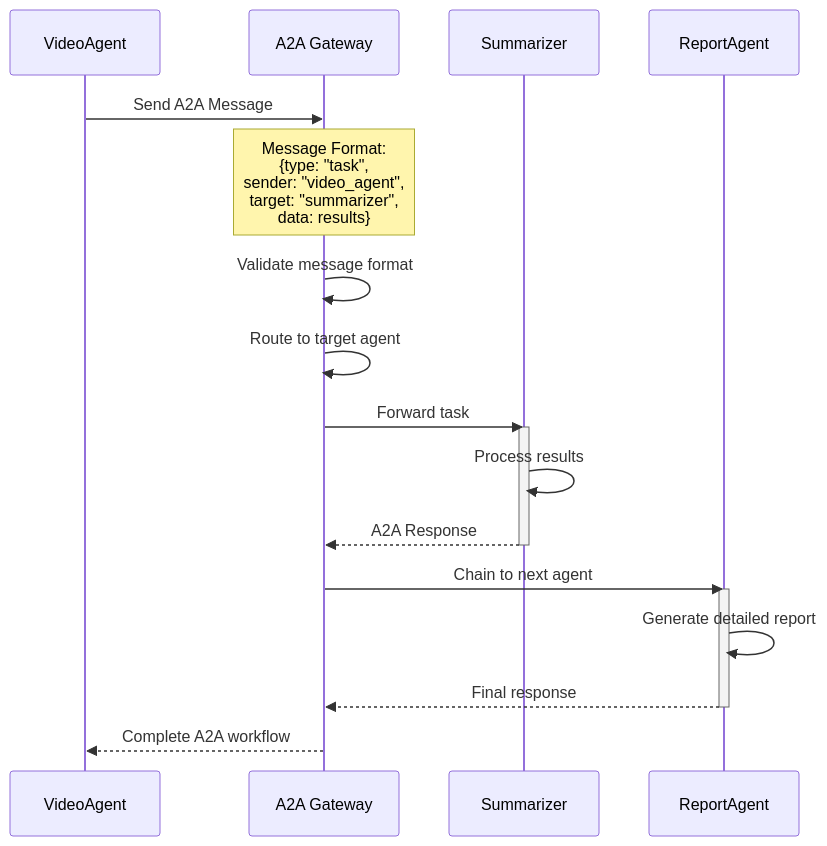
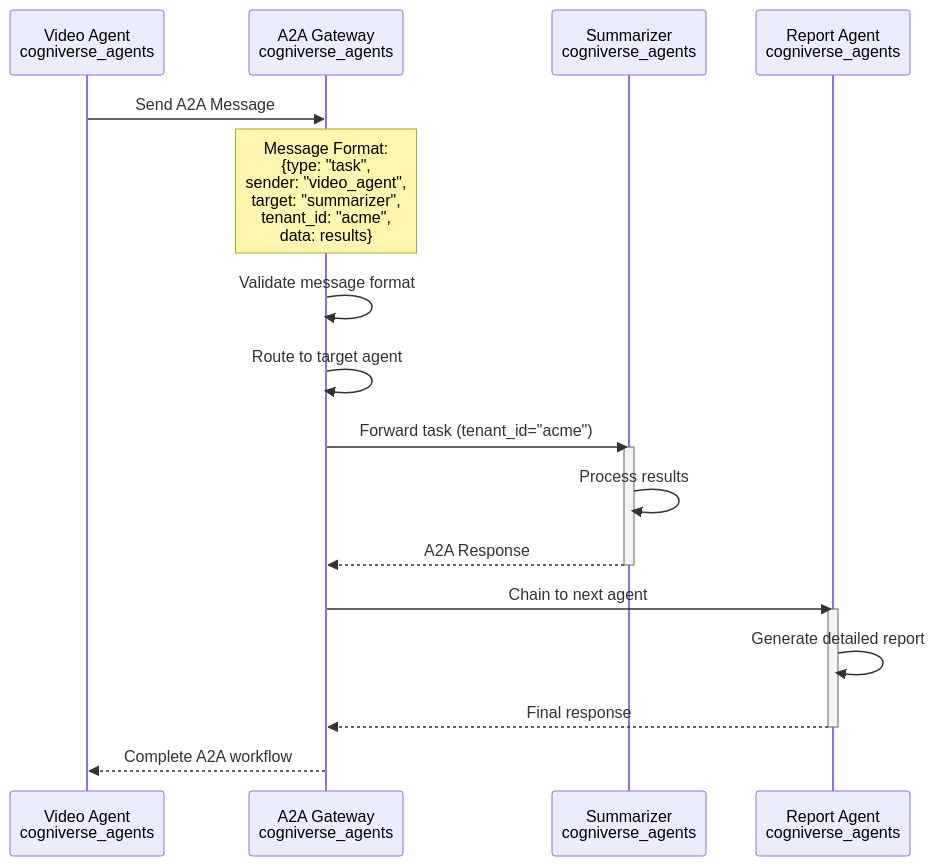
One commit to amit-jain/cogniverse changed the eighth of 25 diagrams in docs/architecture/system-flows.md. Above: the diagram before and after it, drawn with Mermaid. The commit also changed other lines of this file and 25 other files, not shown here.

````diff
--- a/docs/architecture/system-flows.md
+++ b/docs/architecture/system-flows.md
@@ -297,28 +340,28 @@
 ```mermaid
 sequenceDiagram
-    participant VideoAgent
-    participant Gateway as A2A Gateway
-    participant Summarizer
-    participant ReportAgent
+    participant VideoAgent as Video Agent<br/>cogniverse_agents
+    participant Gateway as A2A Gateway<br/>cogniverse_agents
+    participant Summarizer as Summarizer<br/>cogniverse_agents
+    participant ReportAgent as Report Agent<br/>cogniverse_agents
 
     VideoAgent->>Gateway: Send A2A Message
-    Note over Gateway: Message Format:<br/>{type: "task",<br/>sender: "video_agent",<br/>target: "summarizer",<br/>data: results}
+    Note over Gateway: Message Format:<br/>{type: "task",<br/>sender: "video_agent",<br/>target: "summarizer",<br/>tenant_id: "acme",<br/>data: results}
 
     Gateway->>Gateway: Validate message format
     Gateway->>Gateway: Route to target agent
 
-    Gateway->>Summarizer: Forward task
+    Gateway->>Summarizer: Forward task (tenant_id="acme")
 
     activate Summarizer
     Summarizer->>Summarizer: Process results
     Summarizer-->>Gateway: A2A Response
     deactivate Summarizer
 
     Gateway->>ReportAgent: Chain to next agent
     activate ReportAgent
     ReportAgent->>ReportAgent: Generate detailed report
     ReportAgent-->>Gateway: Final response
     deactivate ReportAgent
 
     Gateway-->>VideoAgent: Complete A2A workflow
 ```
````
